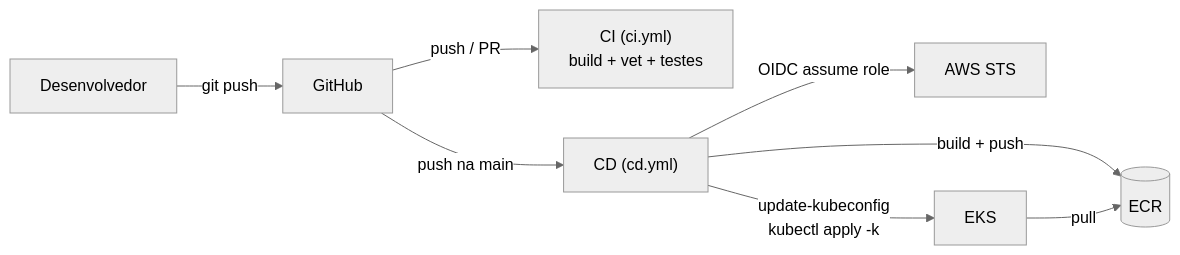
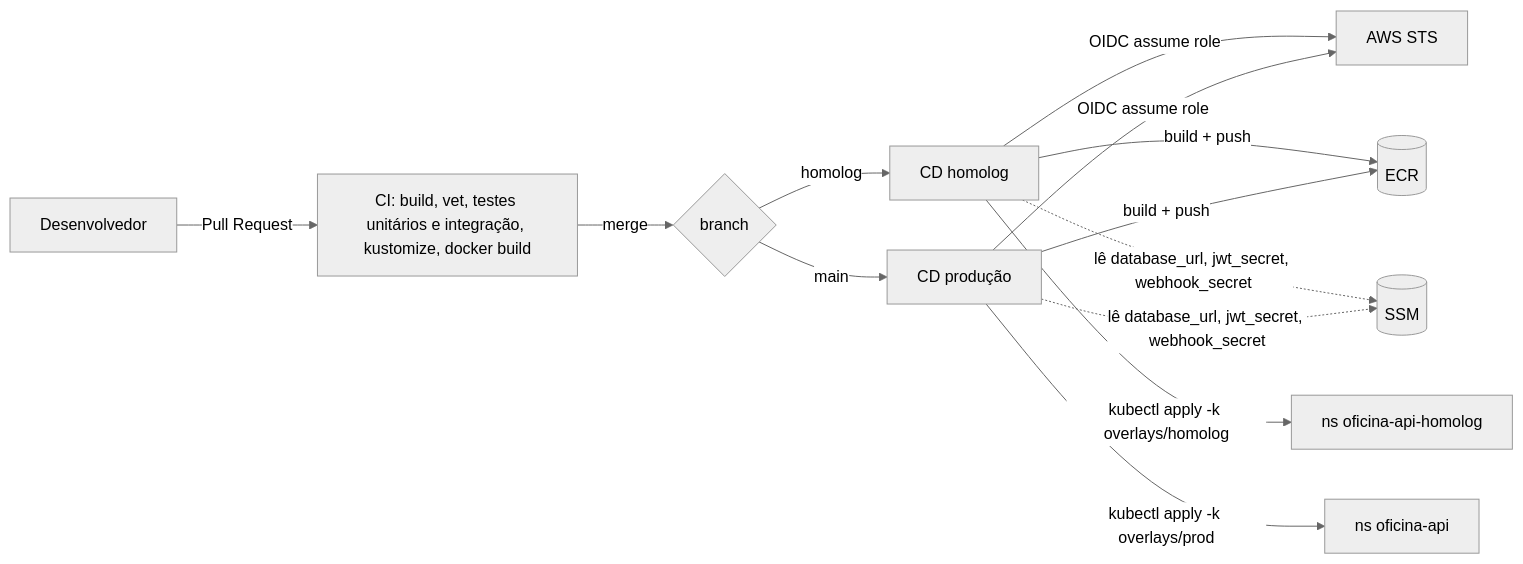
One commit to gaabriel165/oficina-api changed the third of 3 diagrams in README.md. Above: the diagram before and after it, drawn with Mermaid (neutral theme). The commit also changed other lines of this file and 19 other files, not shown here.

First line of the commit message:
docs: add fase 3 architecture documentation and update readme

````diff
--- a/README.md
+++ b/README.md
@@ -99,10 +129,12 @@
 ```mermaid
 flowchart LR
-    Dev[Desenvolvedor] -->|git push| GH[GitHub]
-    GH -->|push / PR| CI["CI (ci.yml)<br/>build + vet + testes"]
-    GH -->|push na main| CD["CD (cd.yml)"]
-    CD -->|OIDC assume role| STS[AWS STS]
-    CD -->|build + push| ECR[(ECR)]
-    CD -->|update-kubeconfig<br/>kubectl apply -k| EKS[EKS]
-    EKS -->|pull| ECR
+    Dev[Desenvolvedor] -->|Pull Request| CI["CI: build, vet, testes unitários e integração, kustomize, docker build"]
+    CI -->|merge| Branch{branch}
+    Branch -->|homolog| CDh["CD homolog"]
+    Branch -->|main| CDp["CD produção"]
+    CDh & CDp -->|OIDC assume role| STS[AWS STS]
+    CDh & CDp -->|build + push| ECR[(ECR)]
+    CDh & CDp -.->|lê database_url, jwt_secret, webhook_secret| SSM[(SSM)]
+    CDh -->|kubectl apply -k overlays/homolog| NSH["ns oficina-api-homolog"]
+    CDp -->|kubectl apply -k overlays/prod| NSP["ns oficina-api"]
 ```
````
